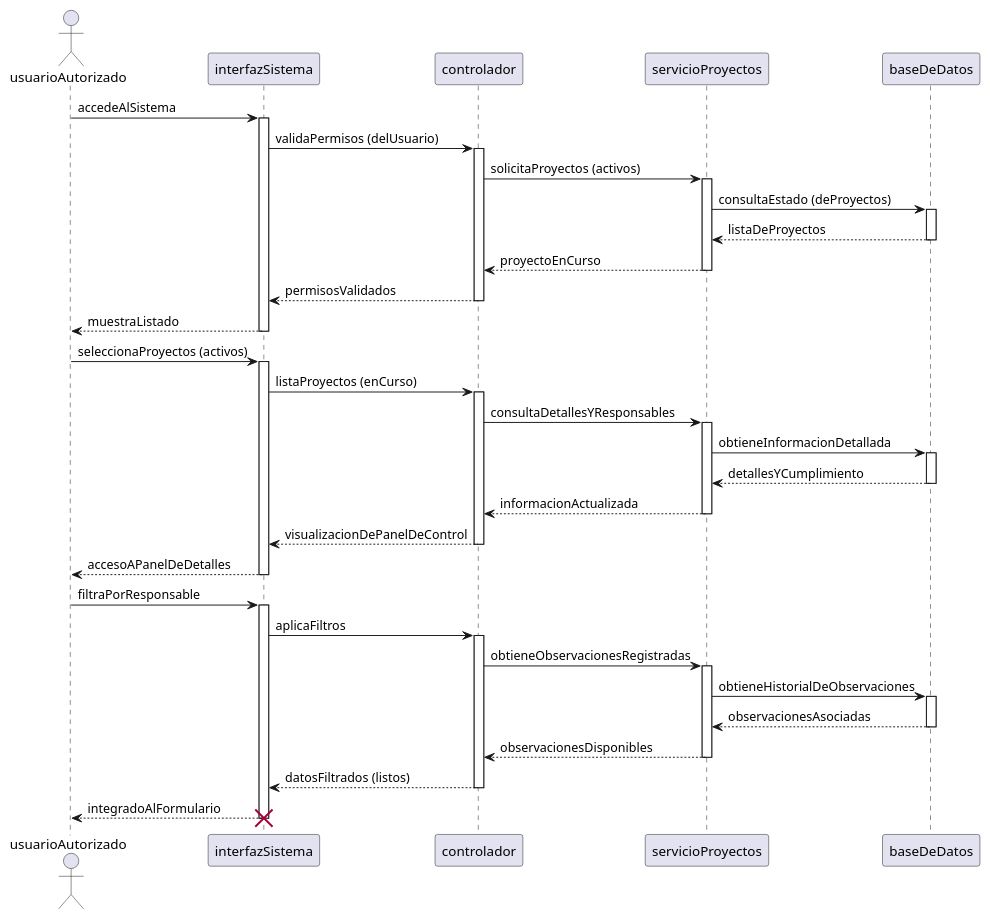
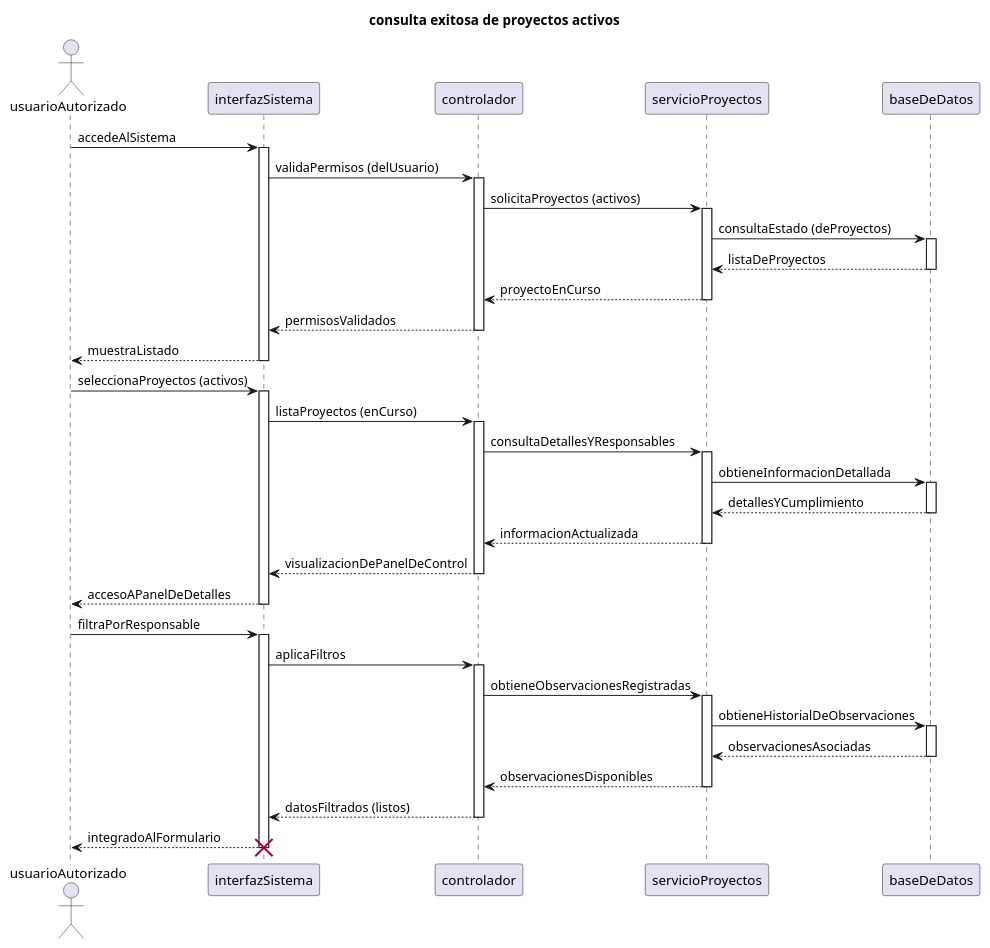
Before and after one commit to 9919-Mili/SistemaProductoraVideos: the diagram in diagramas/05-diagramas-secuencia/05-secuencia-consulta-proyectos-activos-consulta-exitosa-de-proyectos-activos-05.puml, drawn with PlantUML. The commit also changed 4 other files, not shown here.

```diff
--- a/diagramas/05-diagramas-secuencia/05-secuencia-consulta-proyectos-activos-consulta-exitosa-de-proyectos-activos-05.puml
+++ b/diagramas/05-diagramas-secuencia/05-secuencia-consulta-proyectos-activos-consulta-exitosa-de-proyectos-activos-05.puml
@@ -1,67 +1,68 @@
-@startuml consulta exitosa de proyectos activos
+@startuml 
+title consulta exitosa de proyectos activos
 
 actor usuarioAutorizado
 participant interfazSistema
 participant controlador
 participant servicioProyectos
 participant baseDeDatos
 
 
 usuarioAutorizado -> interfazSistema: accedeAlSistema
 activate interfazSistema
 interfazSistema -> controlador: validaPermisos (delUsuario)
 activate controlador
 controlador -> servicioProyectos: solicitaProyectos (activos) 
 activate servicioProyectos
 servicioProyectos -> baseDeDatos: consultaEstado (deProyectos)
 activate baseDeDatos
 baseDeDatos --> servicioProyectos: listaDeProyectos 
 deactivate baseDeDatos
 servicioProyectos --> controlador: proyectoEnCurso 
 deactivate servicioProyectos
 controlador --> interfazSistema: permisosValidados 
 deactivate controlador
 interfazSistema --> usuarioAutorizado: muestraListado 
 deactivate interfazSistema
 
 usuarioAutorizado -> interfazSistema: seleccionaProyectos (activos)
 activate interfazSistema
 interfazSistema -> controlador: listaProyectos (enCurso)
 activate controlador
 controlador -> servicioProyectos: consultaDetallesYResponsables 
 activate servicioProyectos
 servicioProyectos -> baseDeDatos: obtieneInformacionDetallada 
 activate baseDeDatos
 baseDeDatos --> servicioProyectos: detallesYCumplimiento 
 deactivate baseDeDatos
 servicioProyectos --> controlador: informacionActualizada 
 deactivate servicioProyectos
 controlador --> interfazSistema: visualizacionDePanelDeControl 
 deactivate controlador
 interfazSistema --> usuarioAutorizado: accesoAPanelDeDetalles 
 deactivate interfazSistema
 
 usuarioAutorizado -> interfazSistema: filtraPorResponsable 
 activate interfazSistema
 interfazSistema -> controlador: aplicaFiltros 
 activate controlador
 controlador -> servicioProyectos: obtieneObservacionesRegistradas
 activate servicioProyectos
 servicioProyectos -> baseDeDatos: obtieneHistorialDeObservaciones
 activate baseDeDatos 
 baseDeDatos --> servicioProyectos: observacionesAsociadas 
 deactivate baseDeDatos
 servicioProyectos --> controlador: observacionesDisponibles 
 deactivate servicioProyectos
 controlador --> interfazSistema: datosFiltrados (listos) 
 deactivate controlador
 interfazSistema --> usuarioAutorizado: integradoAlFormulario 
 deactivate interfazSistema
 
 
 destroy interfazSistema
 
 
 
 
 @enduml
```
